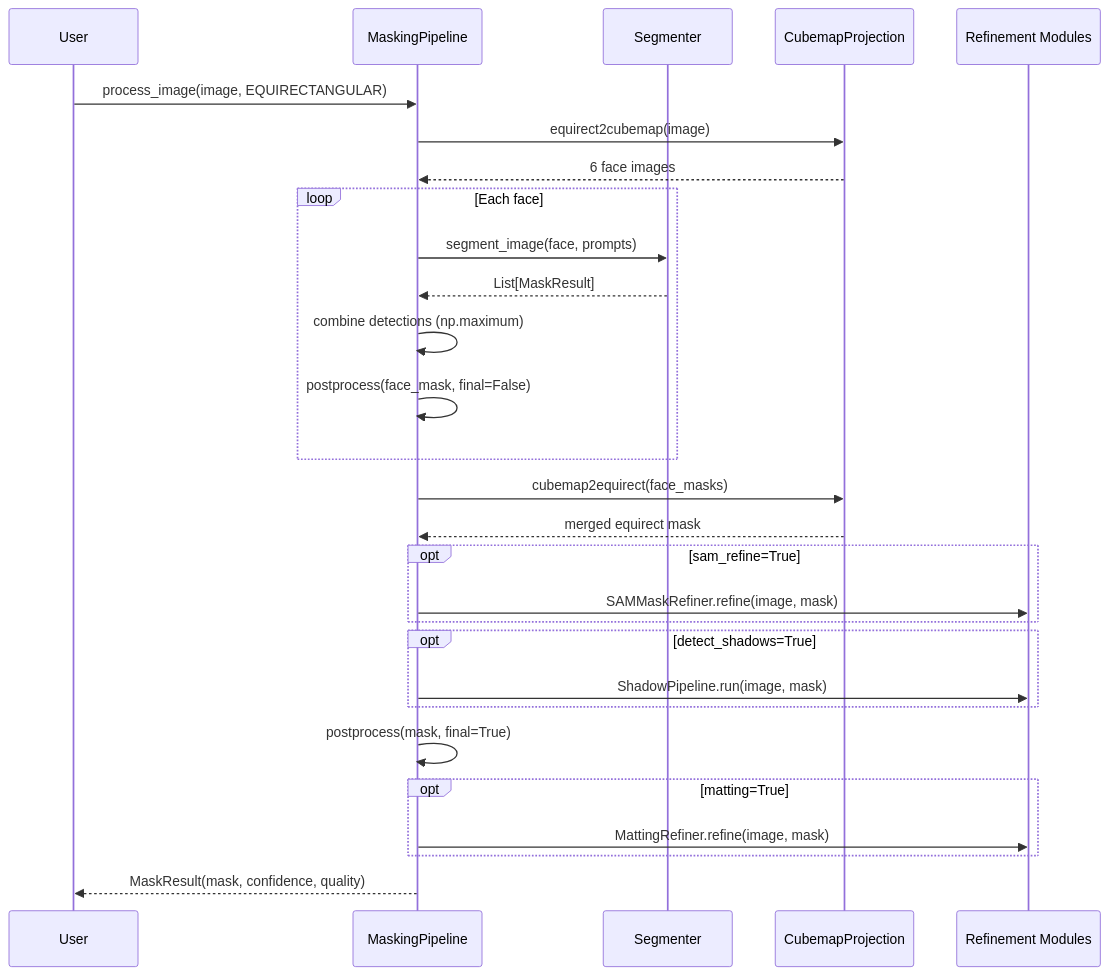
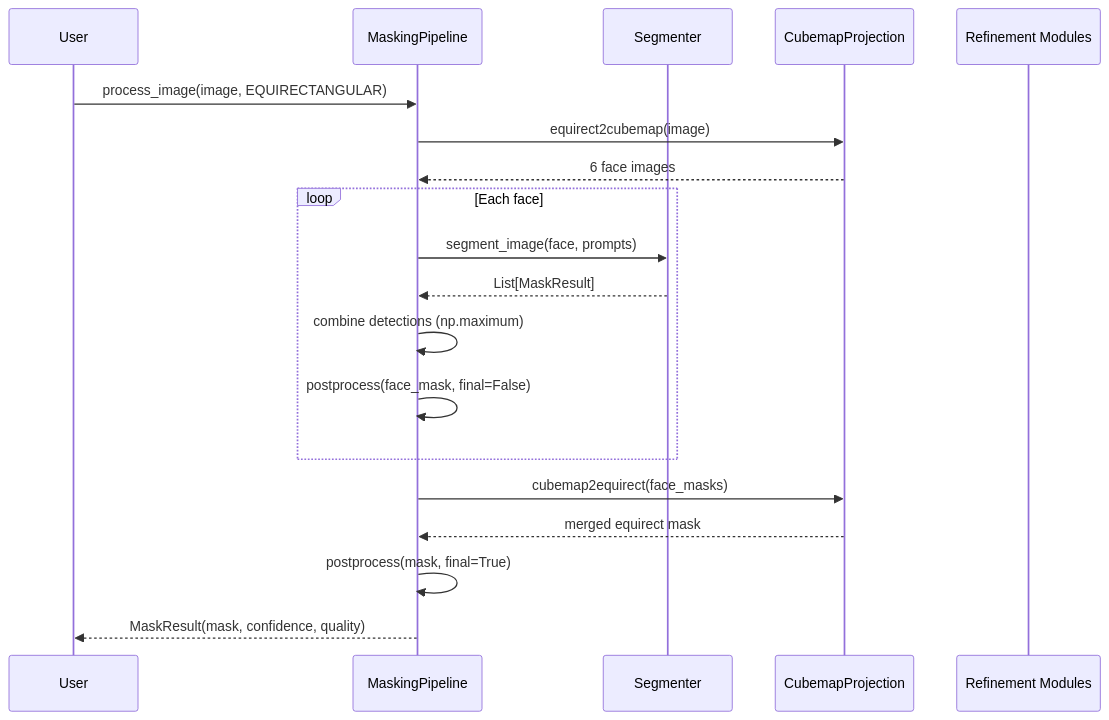
Before and after one commit to alexmgee/reconstruction_zone: the diagram in reconstruction_gui/docs/ARCHITECTURE.md, drawn with Mermaid. The commit also changed other lines of this file and 10 other files, not shown here.

````diff
--- a/reconstruction_gui/docs/ARCHITECTURE.md
+++ b/reconstruction_gui/docs/ARCHITECTURE.md
@@ -122,37 +116,26 @@
 ```mermaid
 sequenceDiagram
     participant User
     participant Pipeline as MaskingPipeline
     participant Seg as Segmenter
     participant Cube as CubemapProjection
     participant Refine as Refinement Modules
 
     User->>Pipeline: process_image(image, EQUIRECTANGULAR)
     Pipeline->>Cube: equirect2cubemap(image)
     Cube-->>Pipeline: 6 face images
 
     loop Each face
         Pipeline->>Seg: segment_image(face, prompts)
         Seg-->>Pipeline: List[MaskResult]
         Pipeline->>Pipeline: combine detections (np.maximum)
         Pipeline->>Pipeline: postprocess(face_mask, final=False)
     end
 
     Pipeline->>Cube: cubemap2equirect(face_masks)
     Cube-->>Pipeline: merged equirect mask
 
-    opt sam_refine=True
-        Pipeline->>Refine: SAMMaskRefiner.refine(image, mask)
-    end
-    opt detect_shadows=True
-        Pipeline->>Refine: ShadowPipeline.run(image, mask)
-    end
-
     Pipeline->>Pipeline: postprocess(mask, final=True)
-
-    opt matting=True
-        Pipeline->>Refine: MattingRefiner.refine(image, mask)
-    end
 
     Pipeline-->>User: MaskResult(mask, confidence, quality)
 ```
````
